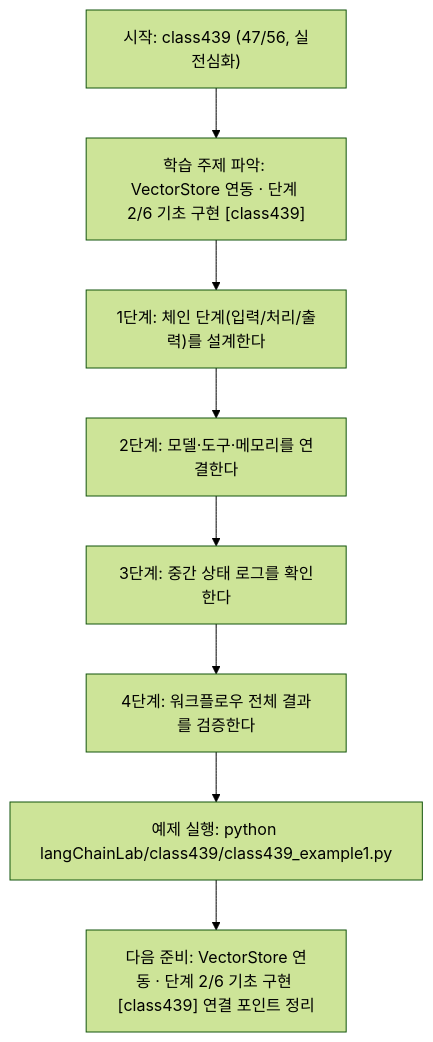
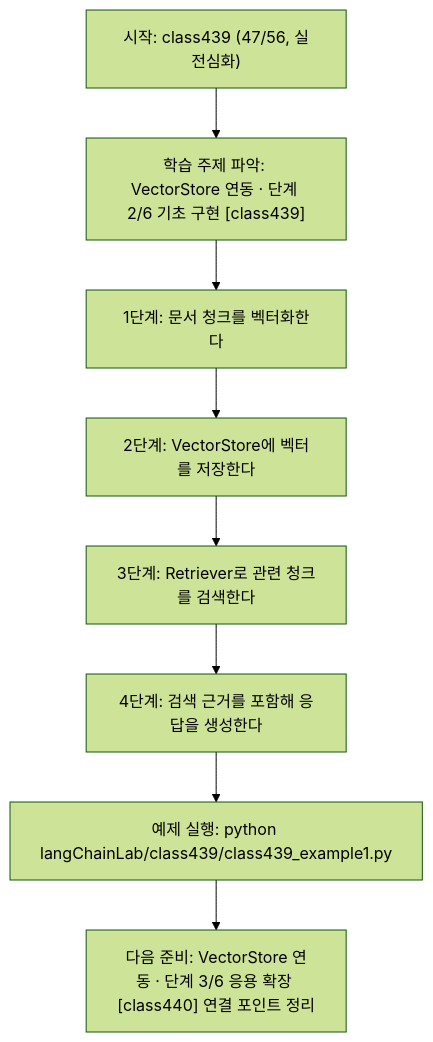
One commit to edumgt/Python-AI_Agent-Class changed the diagram in langChainLab/class439/class439.md. Above: the diagram before and after it, drawn with Mermaid (forest theme). The commit also changed other lines of this file and 395 other files, not shown here.

````diff
--- a/langChainLab/class439/class439.md
+++ b/langChainLab/class439/class439.md
@@ -109,18 +91,18 @@
 ```mermaid
 flowchart TD
 N1["시작: class439 (47/56, 실전심화)"]
 N2["학습 주제 파악: VectorStore 연동 · 단계 2/6 기초 구현 [class439]"]
-N3["1단계: 체인 단계(입력/처리/출력)를 설계한다"]
-N4["2단계: 모델·도구·메모리를 연결한다"]
-N5["3단계: 중간 상태 로그를 확인한다"]
-N6["4단계: 워크플로우 전체 결과를 검증한다"]
+N3["1단계: 문서 청크를 벡터화한다"]
+N4["2단계: VectorStore에 벡터를 저장한다"]
+N5["3단계: Retriever로 관련 청크를 검색한다"]
+N6["4단계: 검색 근거를 포함해 응답을 생성한다"]
 N7["예제 실행: python langChainLab/class439/class439_example1.py"]
-N8["다음 준비: VectorStore 연동 · 단계 2/6 기초 구현 [class439] 연결 포인트 정리"]
+N8["다음 준비: VectorStore 연동 · 단계 3/6 응용 확장 [class440] 연결 포인트 정리"]
 N1 --> N2
 N2 --> N3
 N3 --> N4
 N4 --> N5
 N5 --> N6
 N6 --> N7
 N7 --> N8
 ```
````
